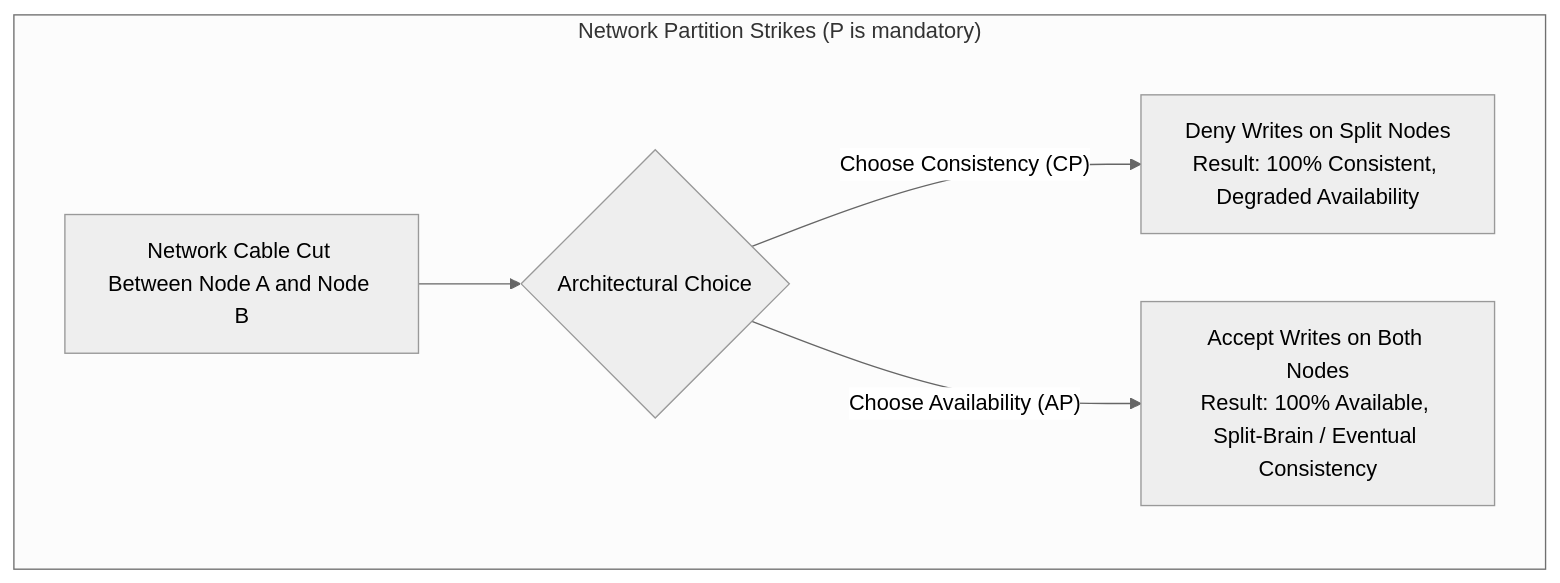
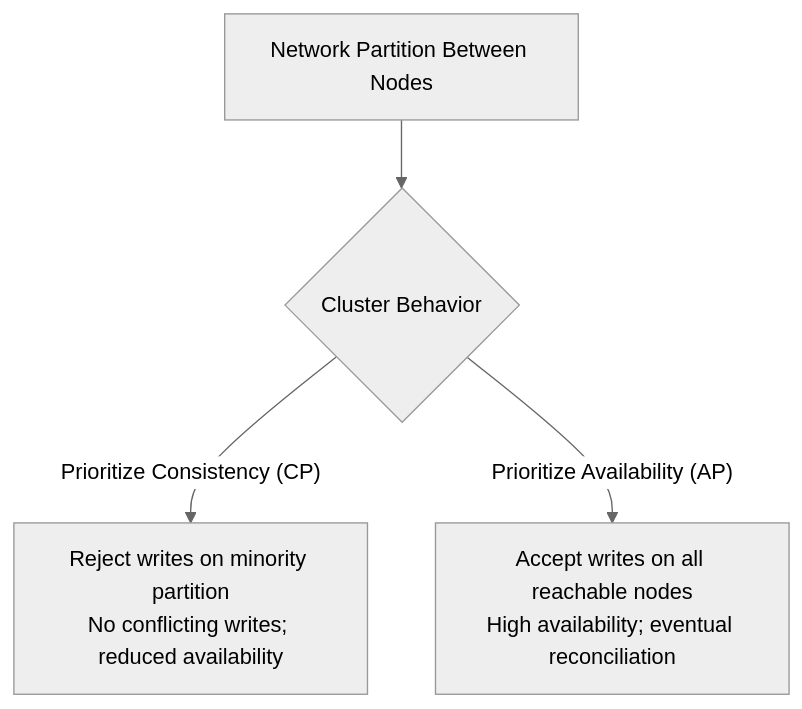
The second of 4 diagrams in content/roadmap/level-7/nosql-databases.md (ravishankar2463/java_hub), drawn with Mermaid (neutral theme) before and after one commit. The commit also changed other lines of this file and 119 other files, not shown here.

Commit message:
feat: add comprehensive java learning roadmap content across multiple levels

````diff
--- a/content/roadmap/level-7/nosql-databases.md
+++ b/content/roadmap/level-7/nosql-databases.md
@@ -51,11 +56,6 @@
 ```mermaid
 flowchart TD
-    subgraph "Network Partition Strikes (P is mandatory)"
-        Split["Network Cable Cut Between Node A and Node B"]
-        
-        Split --> Choice{"Architectural Choice"}
-        
-        Choice -->|"Choose Consistency (CP)"| CP["Deny Writes on Split Nodes<br/>Result: 100% Consistent, Degraded Availability"]
-        Choice -->|"Choose Availability (AP)"| AP["Accept Writes on Both Nodes<br/>Result: 100% Available, Split-Brain / Eventual Consistency"]
-    end
+    Split["Network Partition Between Nodes"] --> Choice{"Cluster Behavior"}
+    Choice -->|"Prioritize Consistency (CP)"| CP["Reject writes on minority partition<br/>No conflicting writes; reduced availability"]
+    Choice -->|"Prioritize Availability (AP)"| AP["Accept writes on all reachable nodes<br/>High availability; eventual reconciliation"]
 ```
````
